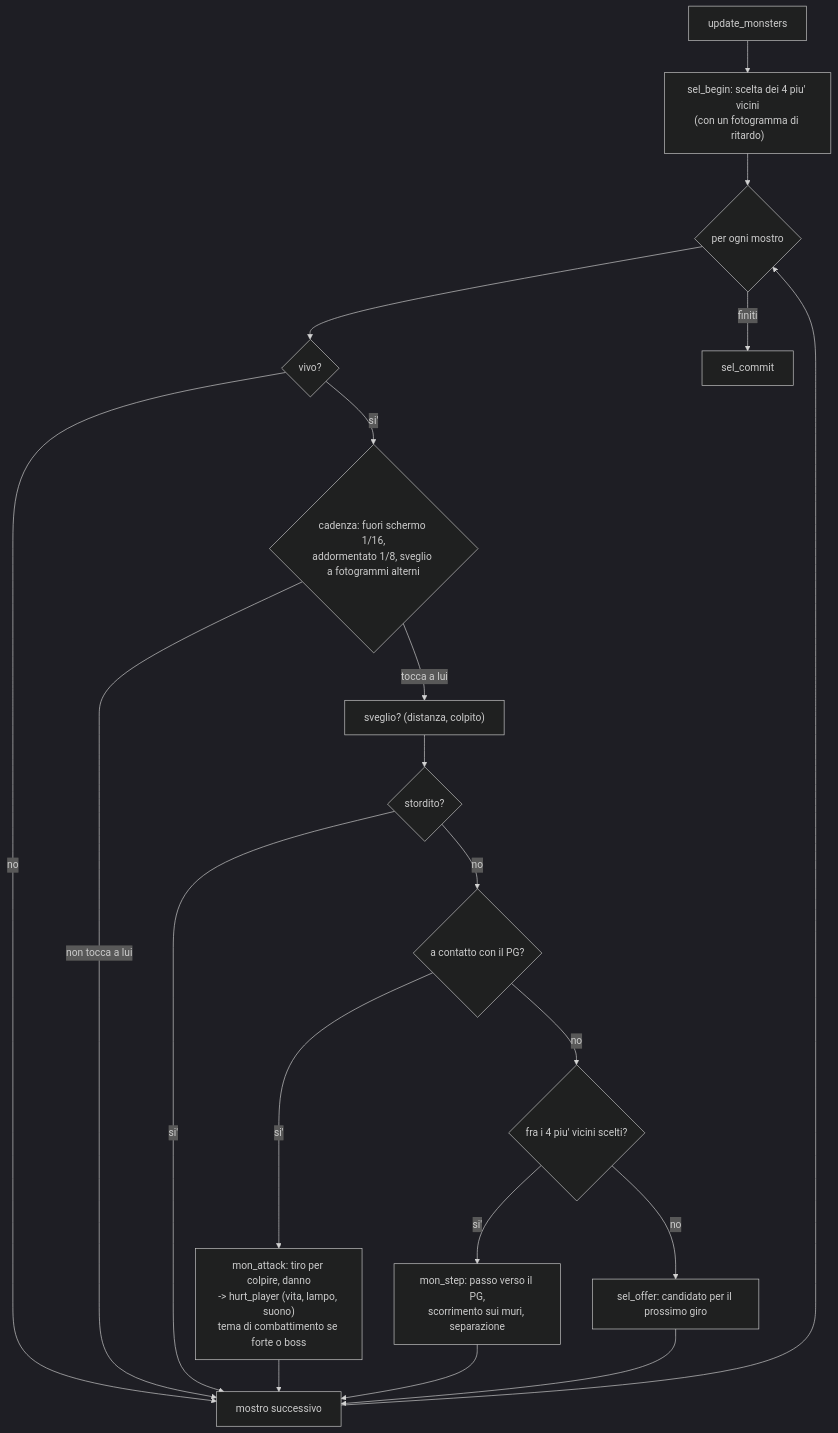
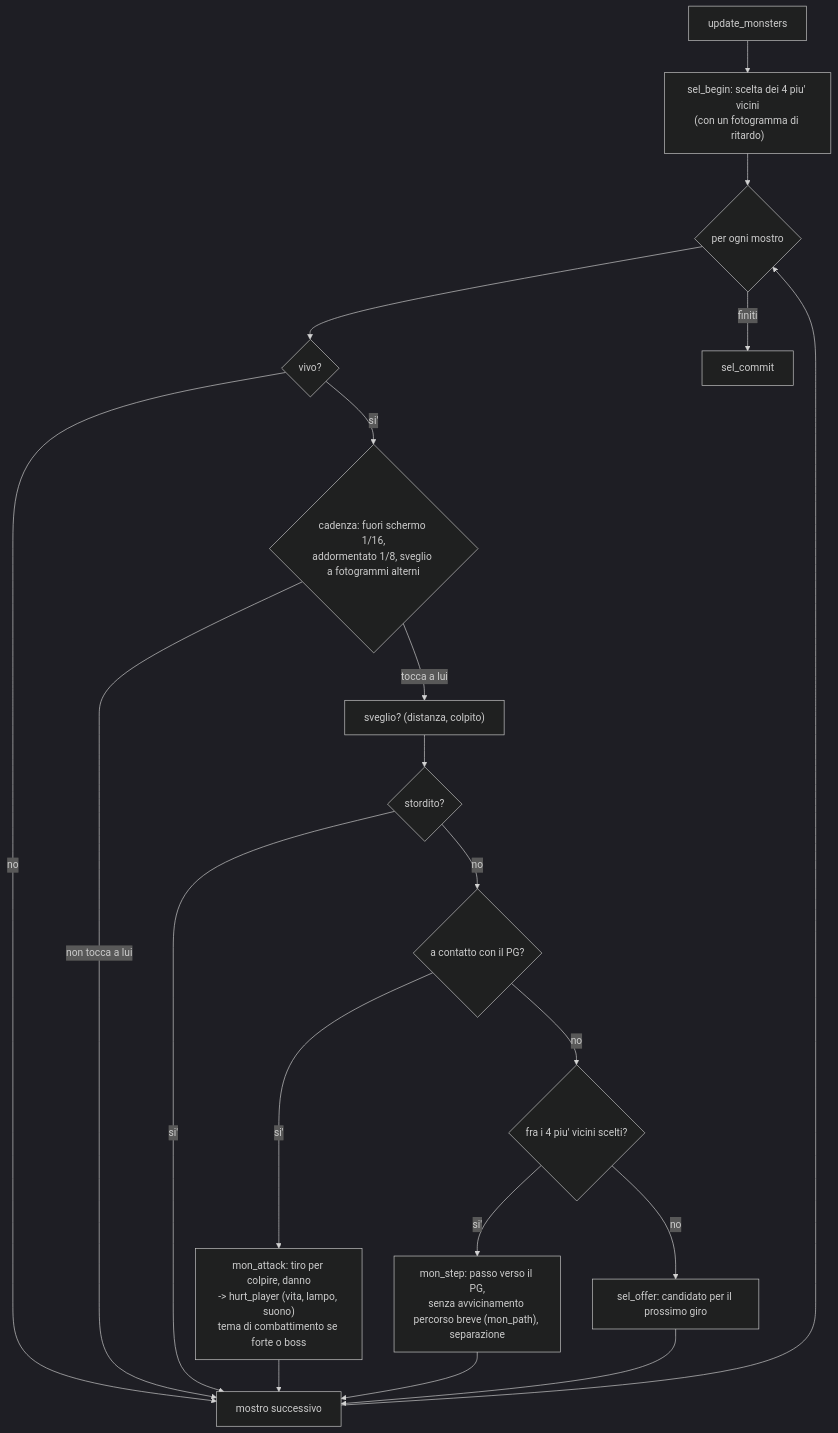
One commit to caporalesimone/barbarian-the-blood-path changed diagram 13 of 18 in docs/wiki/flussi.md. Above: the diagram before and after it, drawn with Mermaid (dark theme). The commit also changed 31 other files, not shown here.

````diff
--- a/docs/wiki/flussi.md
+++ b/docs/wiki/flussi.md
@@ -336,22 +336,22 @@
 ```mermaid
 flowchart TD
     UM["update_monsters"] --> SB["sel_begin: scelta dei 4 piu' vicini<br/>(con un fotogramma di ritardo)"]
     SB --> LP{"per ogni mostro"}
     LP --> AL{"vivo?"}
     AL -->|no| NX
     AL -->|si'| CAD{"cadenza: fuori schermo 1/16,<br/>addormentato 1/8, sveglio a fotogrammi alterni"}
     CAD -->|non tocca a lui| NX
     CAD -->|tocca a lui| WK["sveglio? (distanza, colpito)"]
     WK --> STN{"stordito?"}
     STN -->|si'| NX
     STN -->|no| CT{"a contatto con il PG?"}
     CT -->|si'| ATK["mon_attack: tiro per colpire, danno<br/>-> hurt_player (vita, lampo, suono)<br/>tema di combattimento se forte o boss"]
     CT -->|no| SEL{"fra i 4 piu' vicini scelti?"}
-    SEL -->|si'| ST["mon_step: passo verso il PG,<br/>scorrimento sui muri, separazione"]
+    SEL -->|si'| ST["mon_step: passo verso il PG,<br/>senza avvicinamento percorso breve (mon_path), separazione"]
     SEL -->|no| OFF["sel_offer: candidato per il prossimo giro"]
     ATK --> NX
     ST --> NX
     OFF --> NX
     NX["mostro successivo"] --> LP
     LP -->|finiti| SC["sel_commit"]
 ```
````
